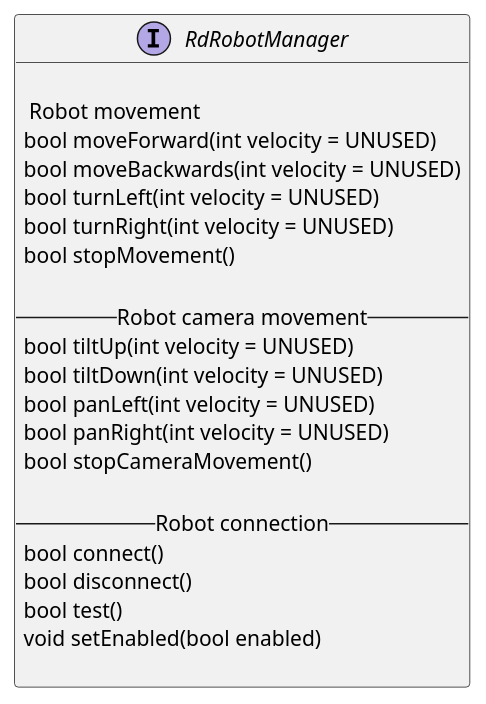
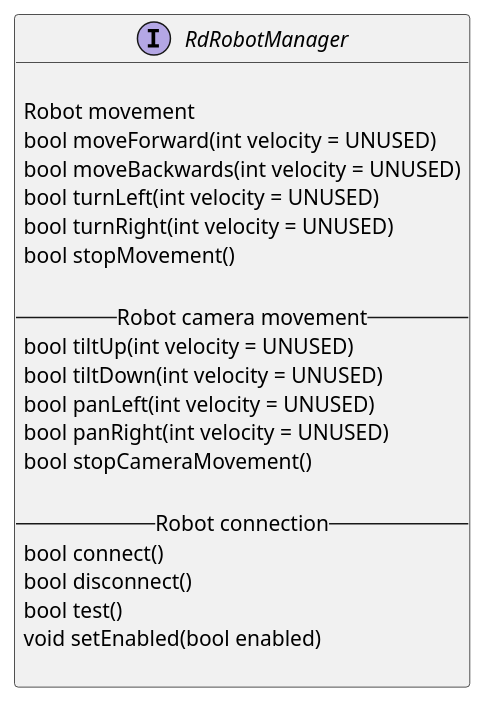
Before and after one commit to asrob-uc3m/robotDevastation-developer-manual: the second of 3 diagrams in en/robot-management.md, drawn with PlantUML.

Commit message:
Updates en/robot-management.md
Auto commit by GitBook Editor

```diff
--- a/en/robot-management.md
+++ b/en/robot-management.md
@@ -26,25 +26,25 @@
 {% plantuml %}
 interface RdRobotManager {
 
--- Robot movement  --    
+--Robot movement  --    
 bool moveForward(int velocity = UNUSED)
 bool moveBackwards(int velocity = UNUSED)
 bool turnLeft(int velocity = UNUSED)
 bool turnRight(int velocity = UNUSED)
 bool stopMovement()
 
--- Robot camera movement --
+--Robot camera movement --
 bool tiltUp(int velocity = UNUSED)
 bool tiltDown(int velocity = UNUSED)
 bool panLeft(int velocity = UNUSED)
 bool panRight(int velocity = UNUSED)
 bool stopCameraMovement()
 
--- Robot connection --
+--Robot connection --
 bool connect()
 bool disconnect()
 bool test()
 void setEnabled(bool enabled)
 
 }
 {% endplantuml %}
```
